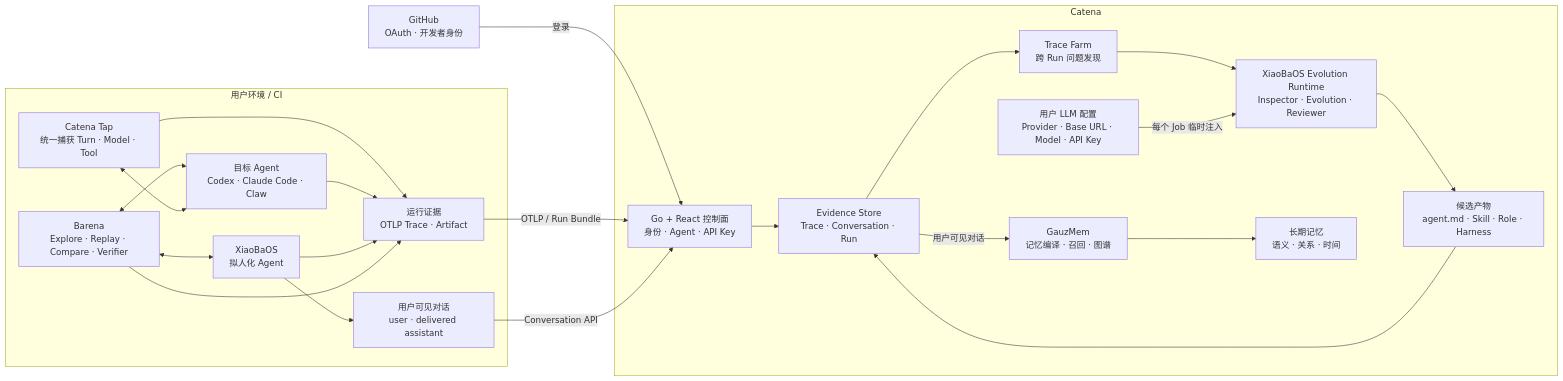
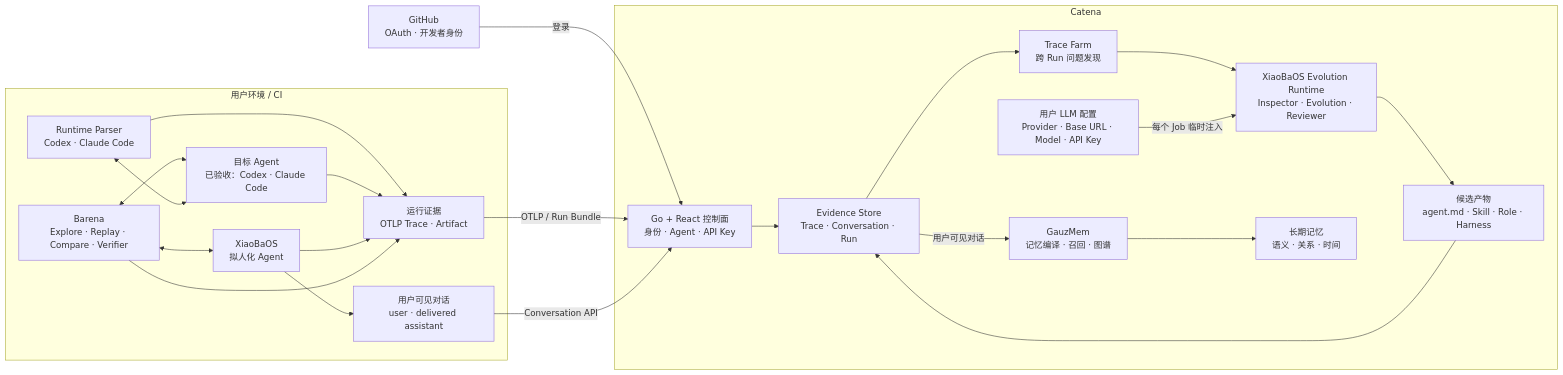
One commit to fightheyyy/CATENA changed the diagram in README.md. Above: the diagram before and after it, drawn with Mermaid. The commit also changed other lines of this file and 113 other files, not shown here.

````diff
--- a/README.md
+++ b/README.md
@@ -34,42 +34,42 @@
 ```mermaid
 flowchart LR
     GitHub["GitHub<br/>OAuth · 开发者身份"] -->|"登录"| Core
 
     subgraph Edge["用户环境 / CI"]
-        Tap["Catena Tap<br/>统一捕获 Turn · Model · Tool"]
-        Agent["目标 Agent<br/>Codex · Claude Code · Claw"]
+        Tap["Runtime Parser<br/>Codex · Claude Code"]
+        Agent["目标 Agent<br/>已验收：Codex · Claude Code"]
         XiaoBa["XiaoBaOS<br/>拟人化 Agent"]
         Barena["Barena<br/>Explore · Replay · Compare · Verifier"]
         Trace["运行证据<br/>OTLP Trace · Artifact"]
         Conversation["用户可见对话<br/>user · delivered assistant"]
 
         Barena <--> Agent
         Barena <--> XiaoBa
         Tap <--> Agent
         Tap --> Trace
         Agent --> Trace
         XiaoBa --> Trace
         XiaoBa --> Conversation
         Barena --> Trace
     end
 
     subgraph Cloud["Catena"]
         Core["Go + React 控制面<br/>身份 · Agent · API Key"]
         OwnerModel["用户 LLM 配置<br/>Provider · Base URL · Model · API Key"]
         Facts["Evidence Store<br/>Trace · Conversation · Run"]
         Farm["Trace Farm<br/>跨 Run 问题发现"]
         Runtime["XiaoBaOS Evolution Runtime<br/>Inspector · Evolution · Reviewer"]
         Assets["候选产物<br/>agent.md · Skill · Role · Harness"]
         GauzMem["GauzMem<br/>记忆编译 · 召回 · 图谱"]
         Memories["长期记忆<br/>语义 · 关系 · 时间"]
 
         Core --> Facts
         Facts --> Farm --> Runtime --> Assets
         OwnerModel -->|"每个 Job 临时注入"| Runtime
         Facts -->|"用户可见对话"| GauzMem --> Memories
         Assets --> Facts
     end
 
     Trace -->|"OTLP / Run Bundle"| Core
     Conversation -->|"Conversation API"| Core
 ```
````
